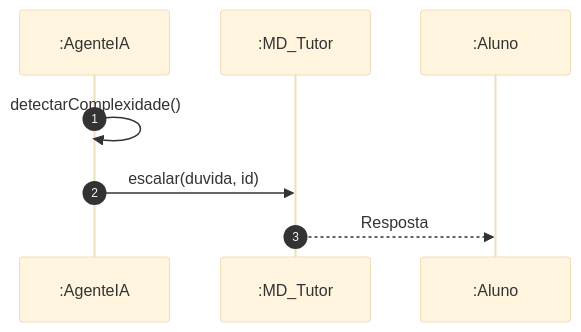
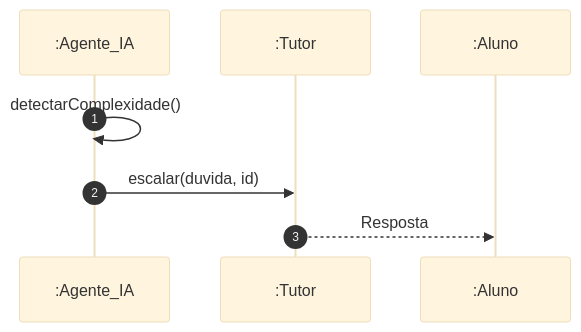
Before and after one commit to MayconDIS/PIM_III-Documentacao_UML: diagram 14 of 30 in 01_Relatorios_e_Dashboard/DASHBOARD_VISUAL.md, drawn with Mermaid (base theme). The commit also changed other lines of this file and 234 other files, not shown here.

````diff
--- a/01_Relatorios_e_Dashboard/DASHBOARD_VISUAL.md
+++ b/01_Relatorios_e_Dashboard/DASHBOARD_VISUAL.md
@@ -281,10 +277,10 @@
 ```mermaid
 sequenceDiagram
     autonumber
-    participant IA as :AgenteIA
-    participant T as :MD_Tutor
+    participant IA as :Agente_IA
+    participant T as :Tutor
     participant Al as :Aluno
     IA->>IA: detectarComplexidade()
     IA->>T: escalar(duvida, id)
     T-->>Al: Resposta
 ```
````
